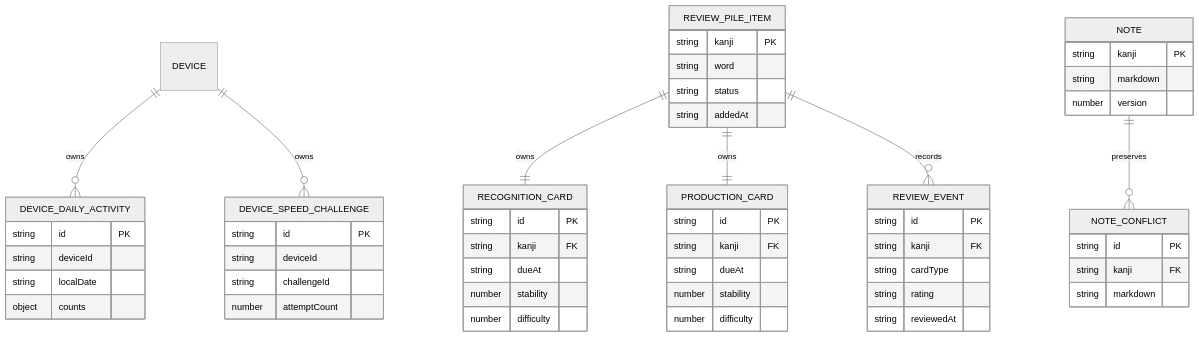
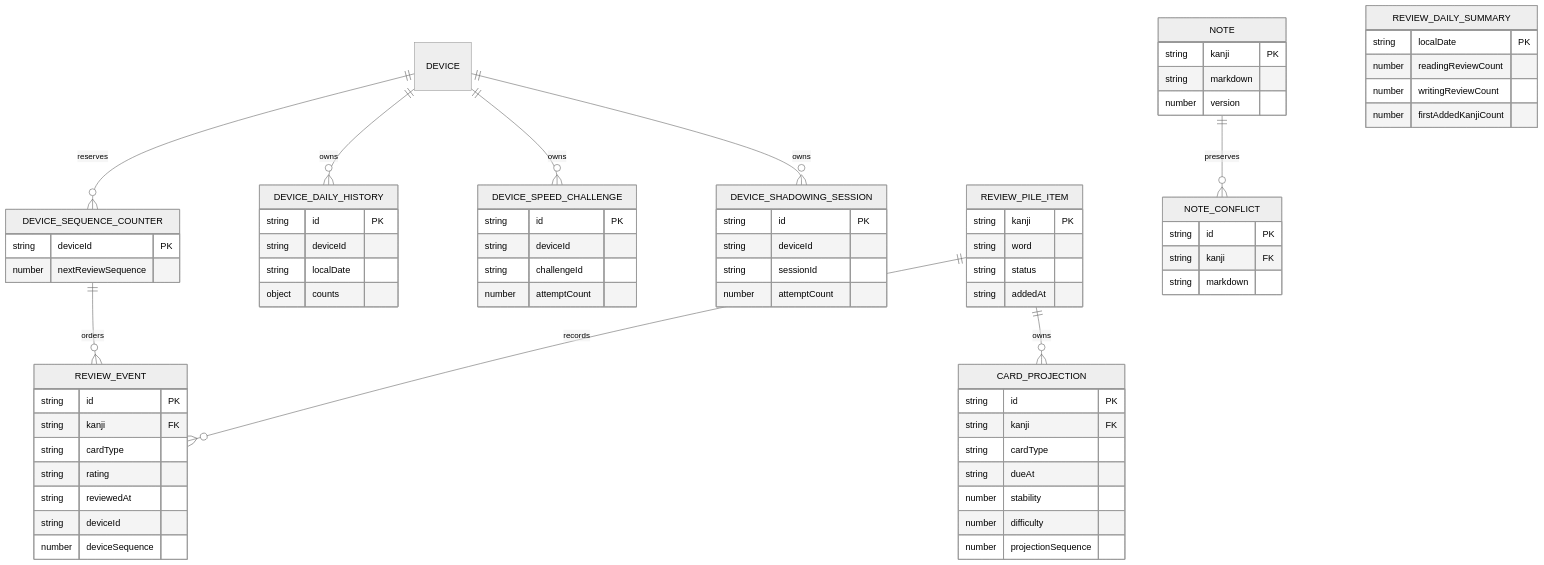
Before and after one commit to PikaPikaGems/kanji-heatmap: the fifth of 9 diagrams in docs/notes/STUDY-ENGINE-PLAN-V2.md, drawn with Mermaid (neutral theme). The commit also changed other lines of this file, not shown here.

First line of the commit message:
docs: refine study engine plan with backend FSRS and history services

````diff
--- a/docs/notes/STUDY-ENGINE-PLAN-V2.md
+++ b/docs/notes/STUDY-ENGINE-PLAN-V2.md
@@ -1153,59 +1403,74 @@
 ```mermaid
 erDiagram
-    DEVICE ||--o{ DEVICE_DAILY_ACTIVITY : owns
+    DEVICE ||--o{ DEVICE_SEQUENCE_COUNTER : reserves
+    DEVICE ||--o{ DEVICE_DAILY_HISTORY : owns
     DEVICE ||--o{ DEVICE_SPEED_CHALLENGE : owns
-    REVIEW_PILE_ITEM ||--|| RECOGNITION_CARD : owns
-    REVIEW_PILE_ITEM ||--|| PRODUCTION_CARD : owns
+    DEVICE ||--o{ DEVICE_SHADOWING_SESSION : owns
+    DEVICE_SEQUENCE_COUNTER ||--o{ REVIEW_EVENT : orders
+    REVIEW_PILE_ITEM ||--o{ CARD_PROJECTION : owns
     REVIEW_PILE_ITEM ||--o{ REVIEW_EVENT : records
     NOTE ||--o{ NOTE_CONFLICT : preserves
 
     REVIEW_PILE_ITEM {
         string kanji PK
         string word
         string status
         string addedAt
     }
-    RECOGNITION_CARD {
+    DEVICE_SEQUENCE_COUNTER {
+        string deviceId PK
+        number nextReviewSequence
+    }
+    CARD_PROJECTION {
         string id PK
         string kanji FK
+        string cardType
         string dueAt
         number stability
         number difficulty
-    }
-    PRODUCTION_CARD {
-        string id PK
-        string kanji FK
-        string dueAt
-        number stability
-        number difficulty
+        number projectionSequence
     }
     REVIEW_EVENT {
         string id PK
         string kanji FK
         string cardType
         string rating
         string reviewedAt
+        string deviceId
+        number deviceSequence
     }
-    DEVICE_DAILY_ACTIVITY {
+    DEVICE_DAILY_HISTORY {
         string id PK
         string deviceId
         string localDate
         object counts
     }
     DEVICE_SPEED_CHALLENGE {
         string id PK
         string deviceId
         string challengeId
         number attemptCount
+    }
+    DEVICE_SHADOWING_SESSION {
+        string id PK
+        string deviceId
+        string sessionId
+        number attemptCount
+    }
+    REVIEW_DAILY_SUMMARY {
+        string localDate PK
+        number readingReviewCount
+        number writingReviewCount
+        number firstAddedKanjiCount
     }
     NOTE {
         string kanji PK
         string markdown
         number version
     }
     NOTE_CONFLICT {
         string id PK
         string kanji FK
         string markdown
     }
 ```
````
